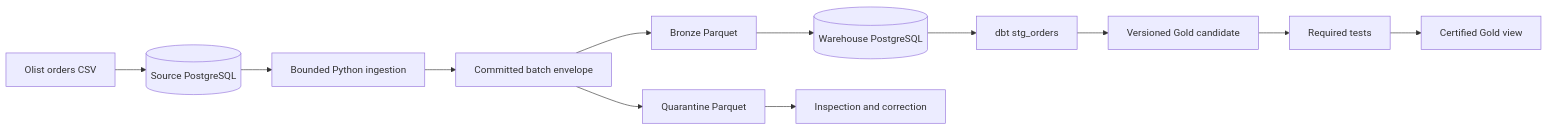
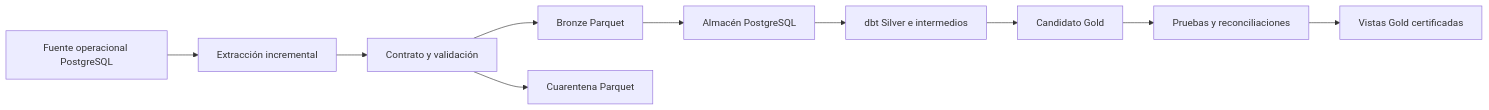
The diagram in README.md (JpHernandezOrellana/ecom-data-platform), drawn with Mermaid before and after one commit. The commit also changed other lines of this file, not shown here.

````diff
--- a/README.md
+++ b/README.md
@@ -91,14 +43,12 @@
 ```mermaid
 flowchart LR
-    OLIST[Olist orders CSV] --> SOURCE[(Source PostgreSQL)]
-    SOURCE --> INGEST[Bounded Python ingestion]
-    INGEST --> BATCH[Committed batch envelope]
-    BATCH --> BRONZE[Bronze Parquet]
-    BATCH --> QUARANTINE[Quarantine Parquet]
-    BRONZE --> WAREHOUSE[(Warehouse PostgreSQL)]
-    WAREHOUSE --> SILVER[dbt stg_orders]
-    SILVER --> CANDIDATE[Versioned Gold candidate]
-    CANDIDATE --> TESTS[Required tests]
-    TESTS --> GOLD[Certified Gold view]
-    QUARANTINE --> INSPECTION[Inspection and correction]
+    A[Fuente operacional PostgreSQL] --> B[Extracción incremental]
+    B --> C[Contrato y validación]
+    C --> D[Bronze Parquet]
+    C --> E[Cuarentena Parquet]
+    D --> F[Almacén PostgreSQL]
+    F --> G[dbt Silver e intermedios]
+    G --> H[Candidato Gold]
+    H --> I[Pruebas y reconciliaciones]
+    I --> J[Vistas Gold certificadas]
 ```
````
